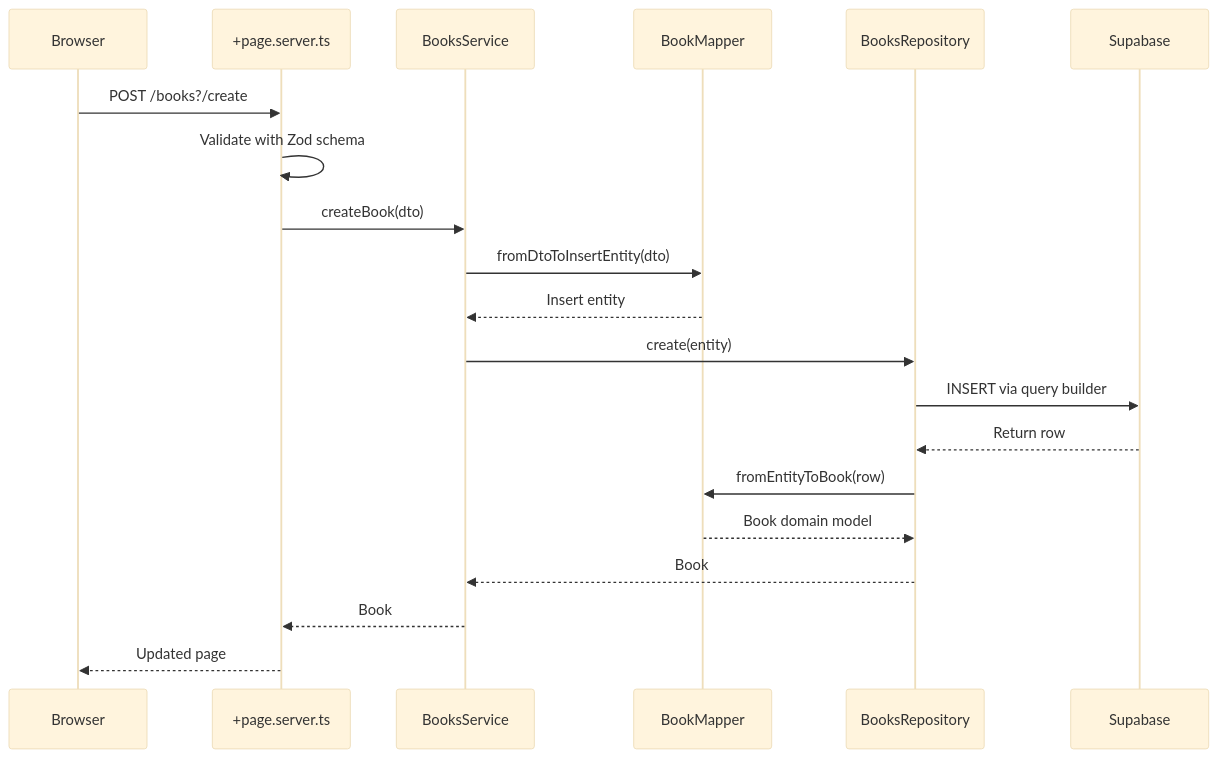
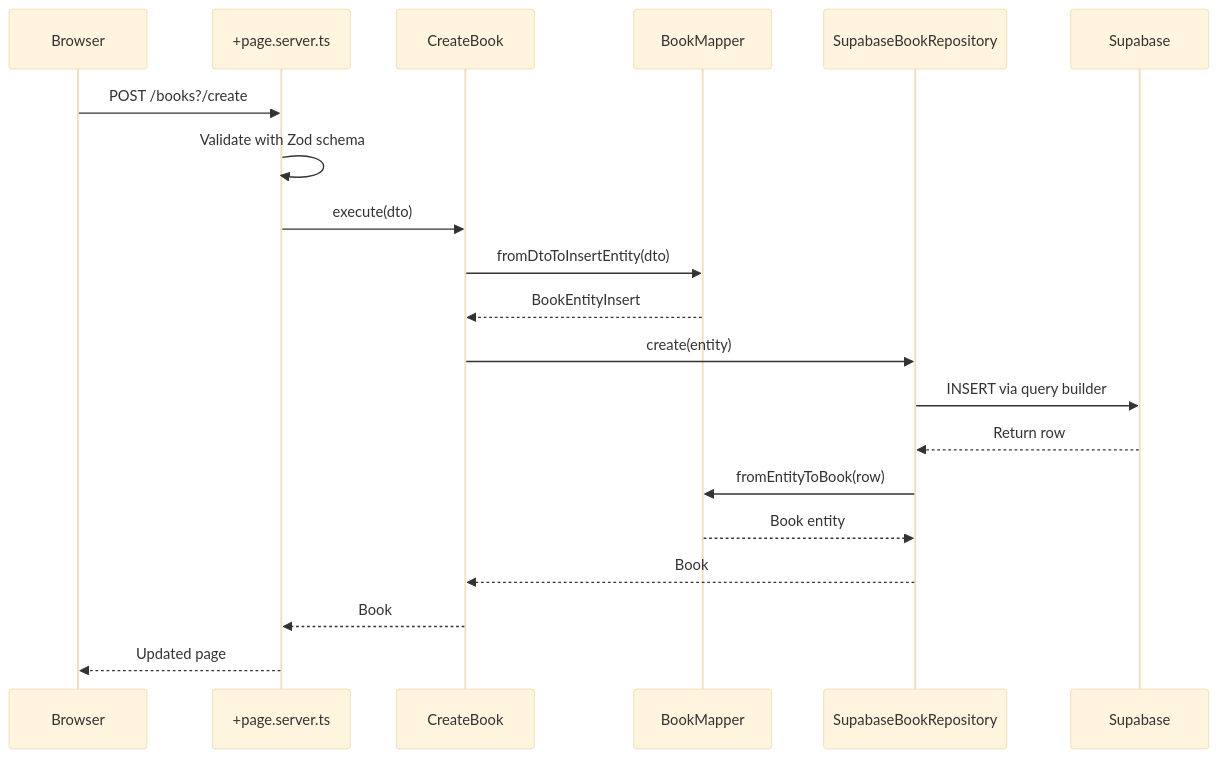
The third of 3 diagrams in docs/01_ARCHITECTURE.md (Agustin-Perezz/svelte-supabase-starter-template), drawn with Mermaid (base theme) before and after one commit. The commit also changed other lines of this file and 4 other files, not shown here.

Commit message:
Update all docs to reflect new module-based clean architecture

````diff
--- a/docs/01_ARCHITECTURE.md
+++ b/docs/01_ARCHITECTURE.md
@@ -92,23 +114,23 @@
 ```mermaid
 sequenceDiagram
     participant Browser
     participant Route as +page.server.ts
-    participant Service as BooksService
+    participant UC as CreateBook
     participant Mapper as BookMapper
-    participant Repo as BooksRepository
+    participant Repo as SupabaseBookRepository
     participant Supabase
 
     Browser->>Route: POST /books?/create
     Route->>Route: Validate with Zod schema
-    Route->>Service: createBook(dto)
-    Service->>Mapper: fromDtoToInsertEntity(dto)
-    Mapper-->>Service: Insert entity
-    Service->>Repo: create(entity)
+    Route->>UC: execute(dto)
+    UC->>Mapper: fromDtoToInsertEntity(dto)
+    Mapper-->>UC: BookEntityInsert
+    UC->>Repo: create(entity)
     Repo->>Supabase: INSERT via query builder
     Supabase-->>Repo: Return row
     Repo->>Mapper: fromEntityToBook(row)
-    Mapper-->>Repo: Book domain model
-    Repo-->>Service: Book
-    Service-->>Route: Book
+    Mapper-->>Repo: Book entity
+    Repo-->>UC: Book
+    UC-->>Route: Book
     Route-->>Browser: Updated page
 ```
````
